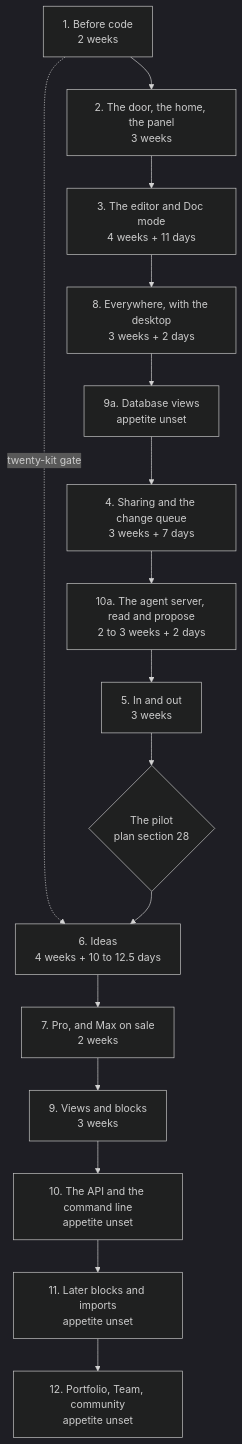
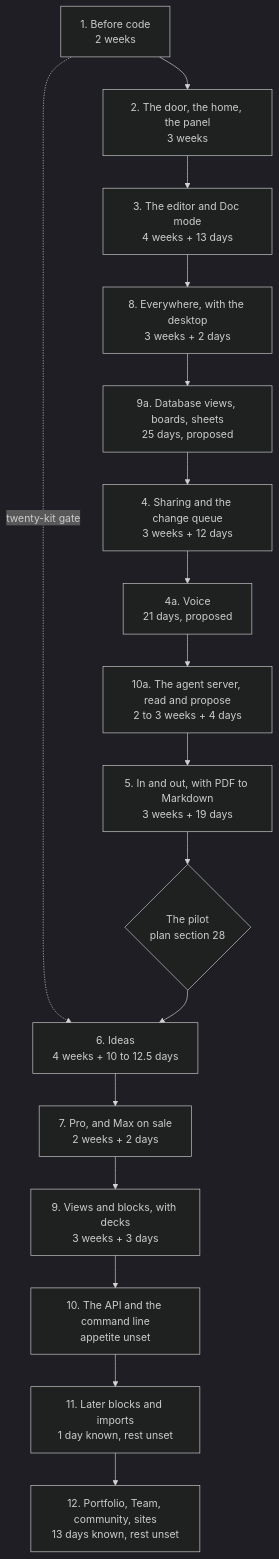
The diagram in docs/pack/50-ROADMAP.md (studiozephyrus/frontmatter), drawn with Mermaid (dark theme) before and after one commit. The commit also changed other lines of this file and 4 other files, not shown here.

First line of the commit message:
roadmap and plan: sheets, boards, type registry, voice and PDF to Markdown placed

````diff
--- a/docs/pack/50-ROADMAP.md
+++ b/docs/pack/50-ROADMAP.md
@@ -64,18 +72,19 @@
 ```mermaid
 graph TD
   B1["1. Before code<br/>2 weeks"] --> B2["2. The door, the home, the panel<br/>3 weeks"]
-  B2 --> B3["3. The editor and Doc mode<br/>4 weeks + 11 days"]
+  B2 --> B3["3. The editor and Doc mode<br/>4 weeks + 13 days"]
   B3 --> B8["8. Everywhere, with the desktop<br/>3 weeks + 2 days"]
-  B8 --> B9a["9a. Database views<br/>appetite unset"]
-  B9a --> B4["4. Sharing and the change queue<br/>3 weeks + 7 days"]
-  B4 --> B10a["10a. The agent server, read and propose<br/>2 to 3 weeks + 2 days"]
-  B10a --> B5["5. In and out<br/>3 weeks"]
+  B8 --> B9a["9a. Database views, boards, sheets<br/>25 days, proposed"]
+  B9a --> B4["4. Sharing and the change queue<br/>3 weeks + 12 days"]
+  B4 --> B4a["4a. Voice<br/>21 days, proposed"]
+  B4a --> B10a["10a. The agent server, read and propose<br/>2 to 3 weeks + 4 days"]
+  B10a --> B5["5. In and out, with PDF to Markdown<br/>3 weeks + 19 days"]
   B5 --> P{"The pilot<br/>plan section 28"}
   B1 -. "twenty-kit gate" .-> B6
   P --> B6["6. Ideas<br/>4 weeks + 10 to 12.5 days"]
-  B6 --> B7["7. Pro, and Max on sale<br/>2 weeks"]
-  B7 --> B9["9. Views and blocks<br/>3 weeks"]
+  B6 --> B7["7. Pro, and Max on sale<br/>2 weeks + 2 days"]
+  B7 --> B9["9. Views and blocks, with decks<br/>3 weeks + 3 days"]
   B9 --> B10["10. The API and the command line<br/>appetite unset"]
-  B10 --> B11["11. Later blocks and imports<br/>appetite unset"]
-  B11 --> B12["12. Portfolio, Team, community<br/>appetite unset"]
+  B10 --> B11["11. Later blocks and imports<br/>1 day known, rest unset"]
+  B11 --> B12["12. Portfolio, Team, community, sites<br/>13 days known, rest unset"]
 ```
````
